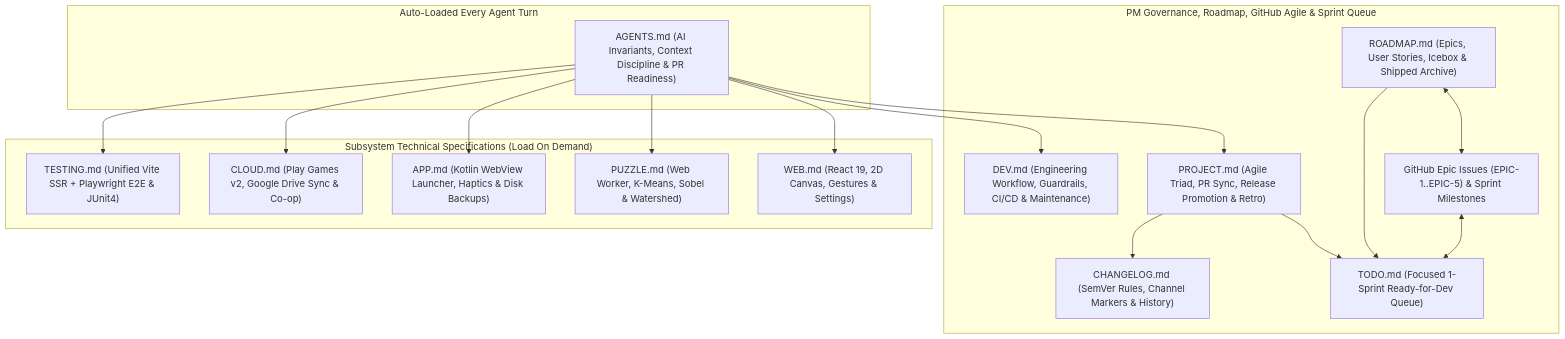
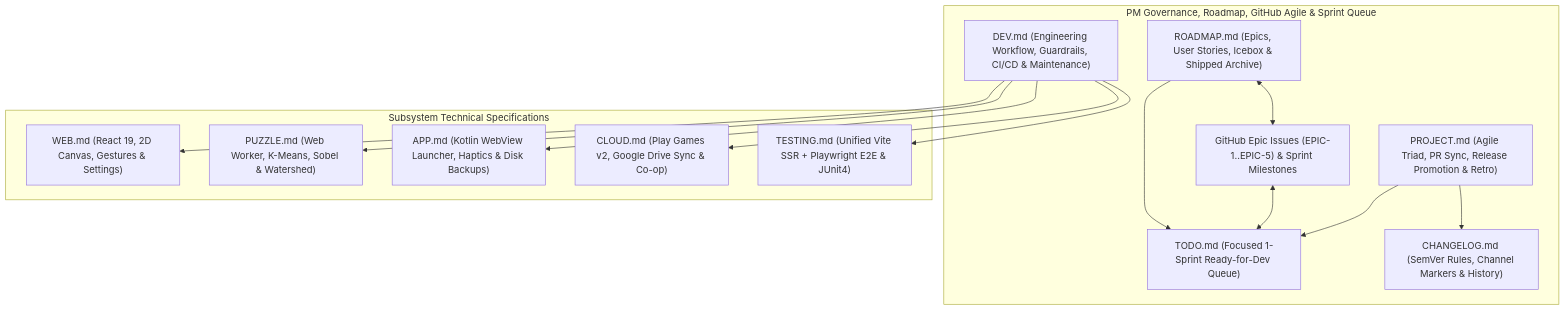
The diagram in DEV.md (shthed/capy), drawn with Mermaid before and after one commit. The commit also changed other lines of this file and 22 other files, not shown here.

````diff
--- a/DEV.md
+++ b/DEV.md
@@ -28,36 +24,30 @@
 ```mermaid
 flowchart TD
-    subgraph AutoLoaded["Auto-Loaded Every Agent Turn"]
-        AGENTS["AGENTS.md (AI Invariants, Context Discipline & PR Readiness)"]
-    end
-
     subgraph GovernanceAndPlanning["PM Governance, Roadmap, GitHub Agile & Sprint Queue"]
         PROJECT["PROJECT.md (Agile Triad, PR Sync, Release Promotion & Retro)"]
         DEV["DEV.md (Engineering Workflow, Guardrails, CI/CD & Maintenance)"]
         ROADMAP["ROADMAP.md (Epics, User Stories, Icebox & Shipped Archive)"]
         GH_AGILE["GitHub Epic Issues (EPIC-1..EPIC-5) & Sprint Milestones"]
         TODO["TODO.md (Focused 1-Sprint Ready-for-Dev Queue)"]
         CHANGELOG["CHANGELOG.md (SemVer Rules, Channel Markers & History)"]
     end
 
-    subgraph SubsystemSpecs["Subsystem Technical Specifications (Load On Demand)"]
+    subgraph SubsystemSpecs["Subsystem Technical Specifications"]
         WEB["WEB.md (React 19, 2D Canvas, Gestures & Settings)"]
         PUZZLE["PUZZLE.md (Web Worker, K-Means, Sobel & Watershed)"]
         APP["APP.md (Kotlin WebView Launcher, Haptics & Disk Backups)"]
         CLOUD["CLOUD.md (Play Games v2, Google Drive Sync & Co-op)"]
         TESTING["TESTING.md (Unified Vite SSR + Playwright E2E & JUnit4)"]
     end
 
-    AGENTS --> PROJECT
-    AGENTS --> DEV
     ROADMAP <--> GH_AGILE
     ROADMAP --> TODO
     GH_AGILE <--> TODO
     PROJECT --> TODO
     PROJECT --> CHANGELOG
-    AGENTS --> WEB
-    AGENTS --> PUZZLE
-    AGENTS --> APP
-    AGENTS --> CLOUD
-    AGENTS --> TESTING
+    DEV --> WEB
+    DEV --> PUZZLE
+    DEV --> APP
+    DEV --> CLOUD
+    DEV --> TESTING
 ```
````
